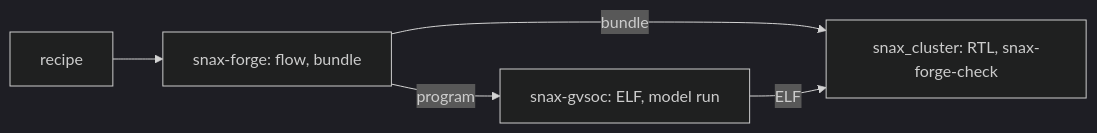
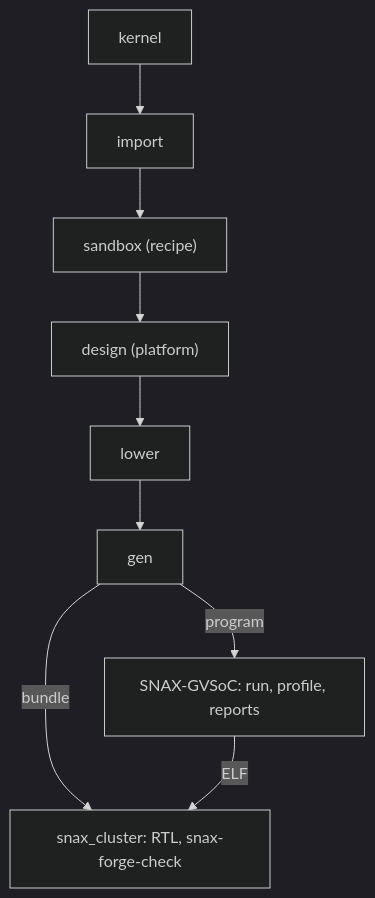
One commit to KULeuven-MICAS/snax-forge changed the diagram in README.md. Above: the diagram before and after it, drawn with Mermaid (dark theme). The commit also changed other lines of this file and 65 other files, not shown here.

````diff
--- a/README.md
+++ b/README.md
@@ -22,7 +9,7 @@
 ```mermaid
-flowchart LR
-  R[recipe] --> F[snax-forge: flow, bundle]
-  F -- program --> G[snax-gvsoc: ELF, model run]
-  F -- bundle --> C[snax_cluster: RTL, snax-forge-check]
-  G -- ELF --> C
+flowchart TD
+  K[kernel] --> I[import] --> S["sandbox (recipe)"] --> D["design (platform)"] --> L[lower] --> G[gen]
+  G -- program --> V["SNAX-GVSoC: run, profile, reports"]
+  G -- bundle --> C["snax_cluster: RTL, snax-forge-check"]
+  V -- ELF --> C
 ```
````
